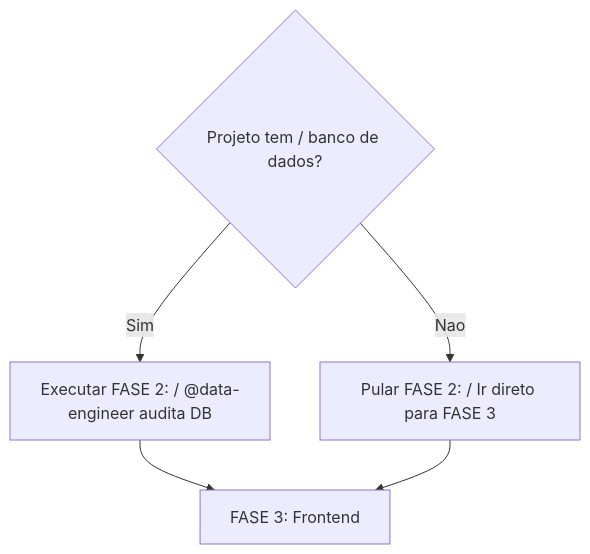
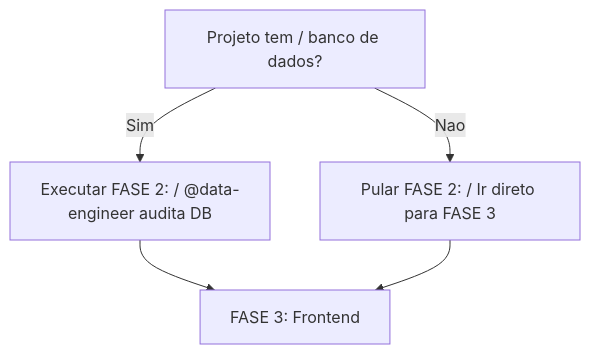
The fifth of 7 diagrams in content/en/docs/guides/workflows/BROWNFIELD-DISCOVERY-WORKFLOW.mdx (bychrisr/aios-docs), drawn with Mermaid before and after one commit. The commit also changed other lines of this file and 40 other files, not shown here.

````diff
--- a/content/en/docs/guides/workflows/BROWNFIELD-DISCOVERY-WORKFLOW.mdx
+++ b/content/en/docs/guides/workflows/BROWNFIELD-DISCOVERY-WORKFLOW.mdx
@@ -749,8 +749,8 @@
 ```mermaid
 flowchart TD
-    Q1{Projeto tem / banco de dados?}
+    Q1[Projeto tem / banco de dados?]
     Q1 -->|Sim| A1[Executar FASE 2: / @data-engineer audita DB]
     Q1 -->|Nao| A2[Pular FASE 2: / Ir direto para FASE 3]
     A1 --> B[FASE 3: Frontend]
     A2 --> B
 ```
````
